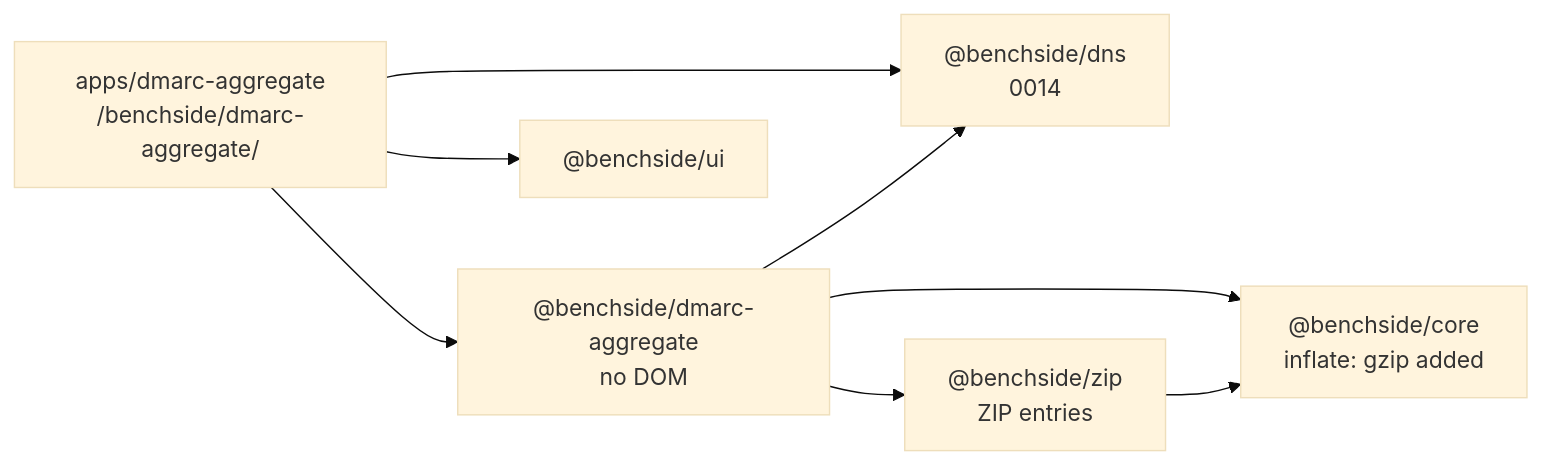
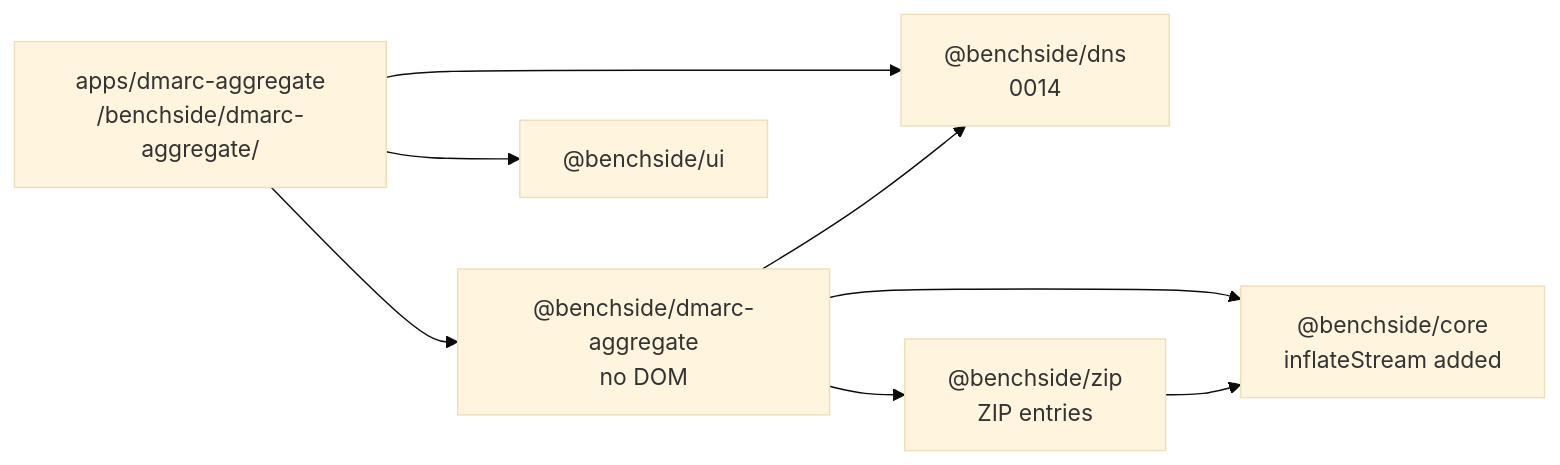
The diagram in docs/explanation/decisions/0013-dmarc-aggregate-app.md (photom/benchside), drawn with Mermaid (base theme) before and after one commit. The commit also changed other lines of this file and 9 other files, not shown here.

````diff
--- a/docs/explanation/decisions/0013-dmarc-aggregate-app.md
+++ b/docs/explanation/decisions/0013-dmarc-aggregate-app.md
@@ -13,10 +13,10 @@
 ```mermaid
 flowchart LR
   app["apps/dmarc-aggregate<br/>/benchside/dmarc-aggregate/"] --> pkg["@benchside/dmarc-aggregate<br/>no DOM"]
   app --> dns["@benchside/dns<br/>0014"]
   app --> ui["@benchside/ui"]
   pkg --> zip["@benchside/zip<br/>ZIP entries"]
-  pkg --> core["@benchside/core<br/>inflate: gzip added"]
+  pkg --> core["@benchside/core<br/>inflateStream added"]
   pkg --> dns
   zip --> core
 ```
````
